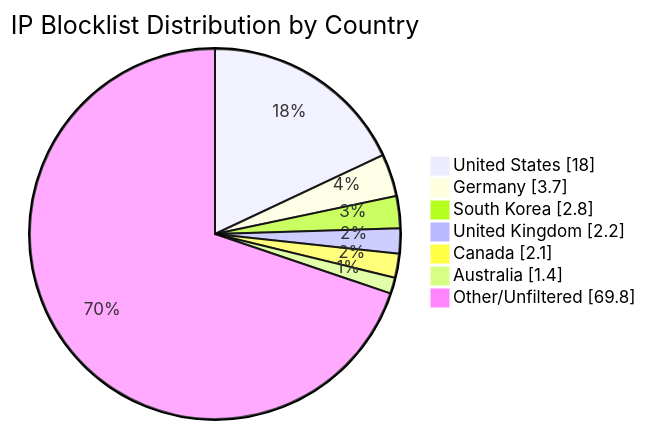
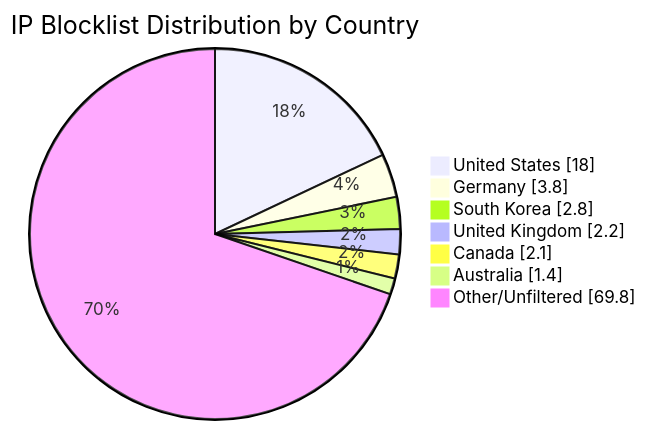
The diagram in README.md (MarcusHoltz/ipblocklist-geofiltered-aggregator), drawn with Mermaid before and after one commit. The commit also changed other lines of this file and 9 other files, not shown here.

````diff
--- a/README.md
+++ b/README.md
@@ -34,10 +34,10 @@
 ```mermaid
 pie showData title IP Blocklist Distribution by Country
 "United States" : 18.0
-"Germany" : 3.7
+"Germany" : 3.8
 "South Korea" : 2.8
 "United Kingdom" : 2.2
 "Canada" : 2.1
 "Australia" : 1.4
 "Other/Unfiltered" : 69.8
 ```
````
